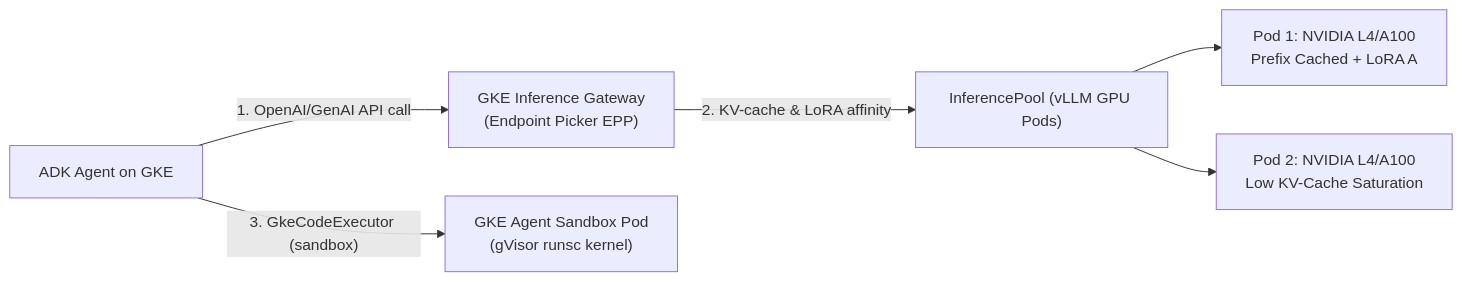
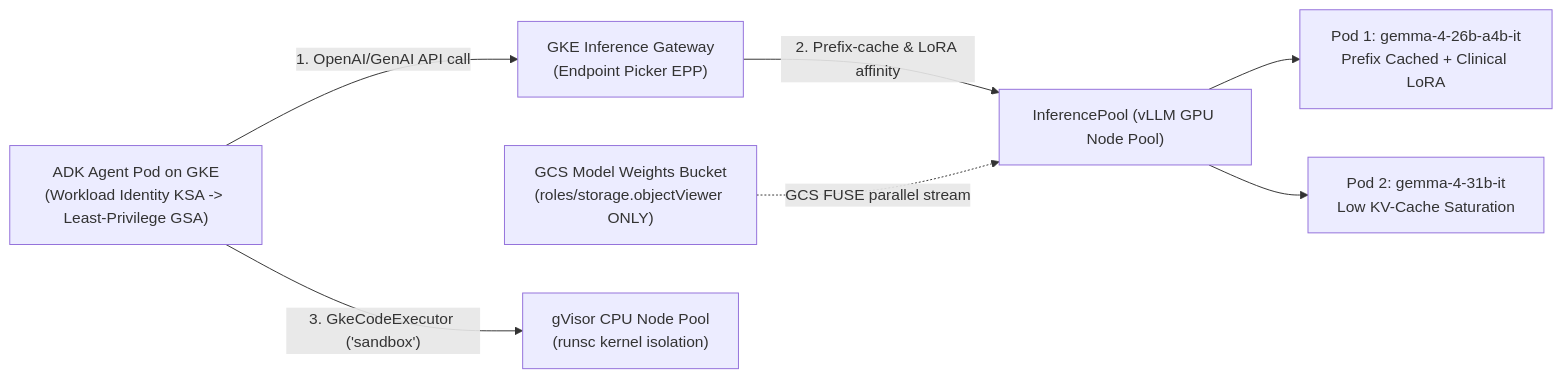
Before and after one commit to cmanikandan/gcp-certification-professional-agentic-architect: the diagram in tracks/04_evaluate_and_deploy/lab_19_gke_inference_gateway_and_gpus/README.md, drawn with Mermaid. The commit also changed other lines of this file and 78 other files, not shown here.

````diff
--- a/tracks/04_evaluate_and_deploy/lab_19_gke_inference_gateway_and_gpus/README.md
+++ b/tracks/04_evaluate_and_deploy/lab_19_gke_inference_gateway_and_gpus/README.md
@@ -27,8 +28,9 @@
 ```mermaid
-graph LR
-    Agent["ADK Agent on GKE"] -->|"1. OpenAI/GenAI API call"| IGW["GKE Inference Gateway<br/>(Endpoint Picker EPP)"]
-    IGW -->|"2. KV-cache & LoRA affinity"| Pool["InferencePool (vLLM GPU Pods)"]
-    Pool --> GPU1["Pod 1: NVIDIA L4/A100<br/>Prefix Cached + LoRA A"]
-    Pool --> GPU2["Pod 2: NVIDIA L4/A100<br/>Low KV-Cache Saturation"]
-    Agent -->|"3. GkeCodeExecutor (sandbox)"| SBX["GKE Agent Sandbox Pod<br/>(gVisor runsc kernel)"]
+flowchart LR
+    Agent["ADK Agent Pod on GKE<br/>(Workload Identity KSA -> Least-Privilege GSA)"] -->|"1. OpenAI/GenAI API call"| IGW["GKE Inference Gateway<br/>(Endpoint Picker EPP)"]
+    IGW -->|"2. Prefix-cache & LoRA affinity"| Pool["InferencePool (vLLM GPU Node Pool)"]
+    Pool --> GPU1["Pod 1: gemma-4-26b-a4b-it<br/>Prefix Cached + Clinical LoRA"]
+    Pool --> GPU2["Pod 2: gemma-4-31b-it<br/>Low KV-Cache Saturation"]
+    W["GCS Model Weights Bucket<br/>(roles/storage.objectViewer ONLY)"] -.->|"GCS FUSE parallel stream"| Pool
+    Agent -->|"3. GkeCodeExecutor ('sandbox')"| SBX["gVisor CPU Node Pool<br/>(runsc kernel isolation)"]
 ```
````
